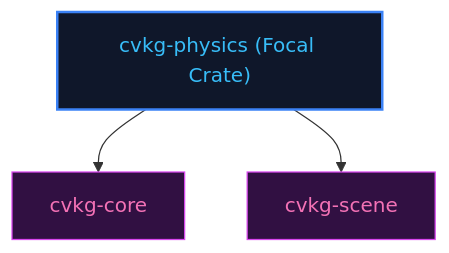
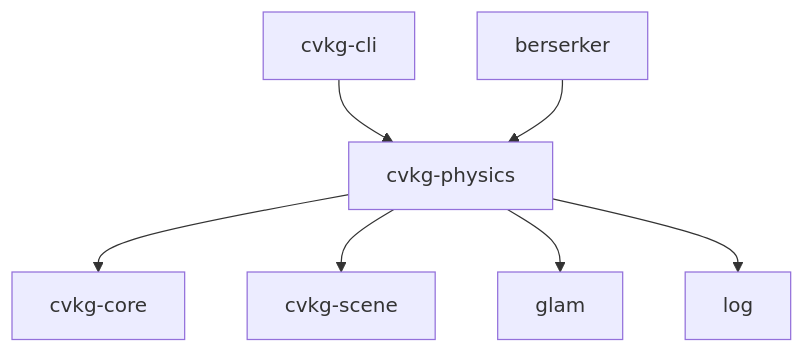
One commit to sydonayrex/cvkg changed the diagram in cvkg-physics/README.md. Above: the diagram before and after it, drawn with Mermaid. The commit also changed other lines of this file and 465 other files, not shown here.

````diff
--- a/cvkg-physics/README.md
+++ b/cvkg-physics/README.md
@@ -11,12 +15,10 @@
 ```mermaid
 graph TD
-    cvkg-physics["cvkg-physics (Focal Crate)"]
-    cvkg-core["cvkg-core"]
     cvkg-physics --> cvkg-core
-    cvkg-scene["cvkg-scene"]
     cvkg-physics --> cvkg-scene
-    classDef focal fill:#0f172a,stroke:#3b82f6,color:#38bdf8,stroke-width:2px
-    classDef sibling fill:#311042,stroke:#d946ef,color:#f472b6,stroke-width:1px
-    class cvkg-physics focal
-    class cvkg-scene,cvkg-core sibling
+    cvkg-physics --> glam
+    cvkg-physics --> log
+
+    cvkg-cli --> cvkg-physics
+    berserker --> cvkg-physics
 ```
````
